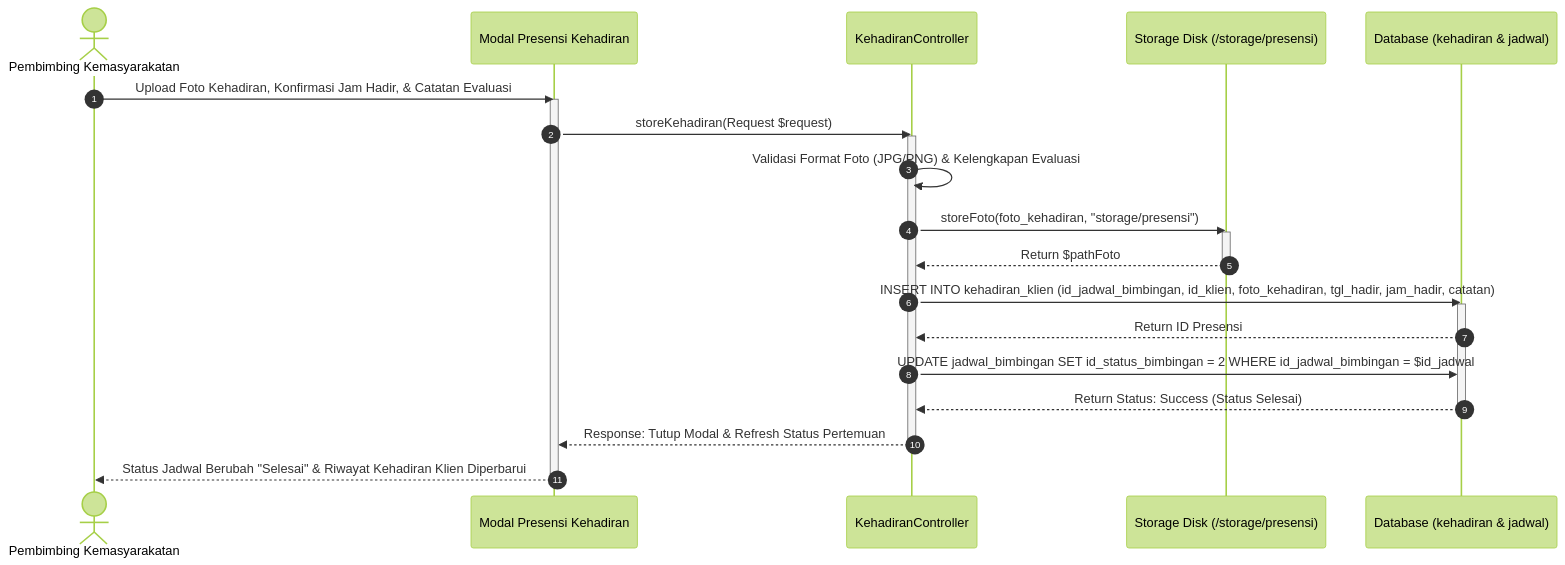
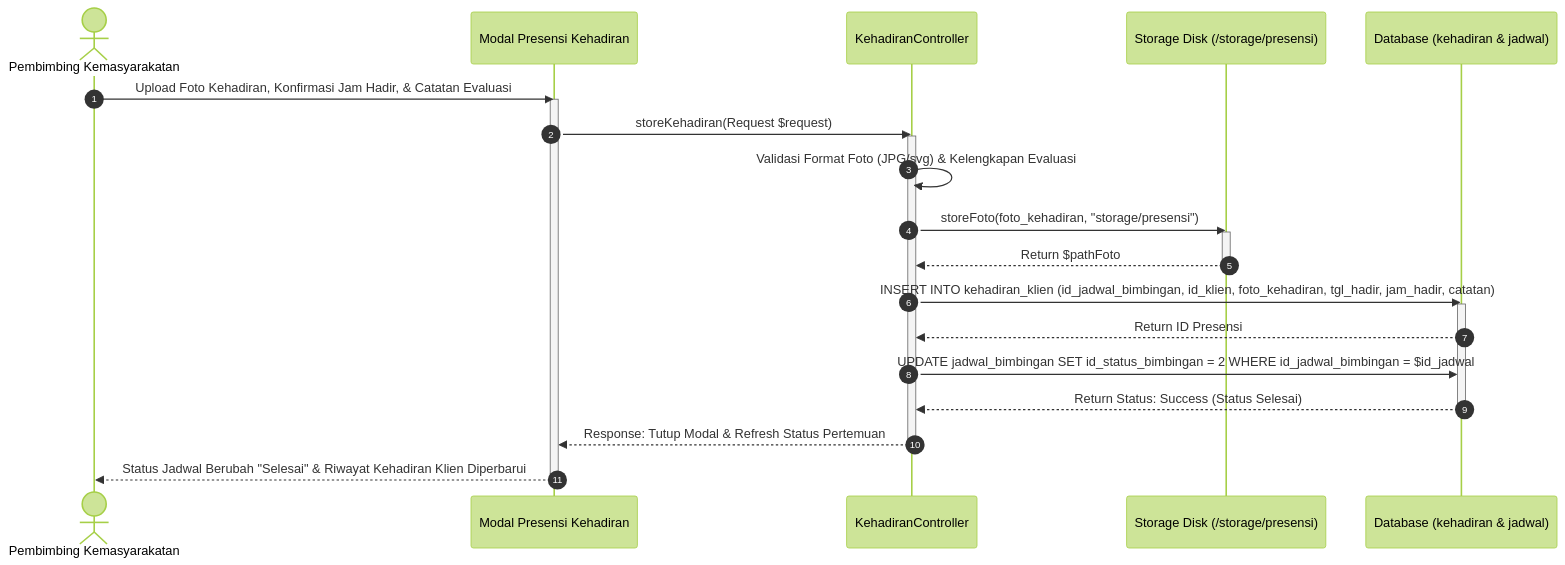
Before and after one commit to hilyaaulia14/SIMBA: diagram 12 of 12 in diagram/sequence_diagram_simba.md, drawn with Mermaid (forest theme). The commit also changed 54 other files, not shown here.

````diff
--- a/diagram/sequence_diagram_simba.md
+++ b/diagram/sequence_diagram_simba.md
@@ -466,33 +466,33 @@
 ```mermaid
 sequenceDiagram
     autonumber
     actor PK as Pembimbing Kemasyarakatan
     participant Modal as Modal Presensi Kehadiran
     participant Ctrl as KehadiranController
     participant Store as Storage Disk (/storage/presensi)
     participant DB as Database (kehadiran & jadwal)
 
     PK->>Modal: Upload Foto Kehadiran, Konfirmasi Jam Hadir, & Catatan Evaluasi
     activate Modal
     Modal->>Ctrl: storeKehadiran(Request $request)
     activate Ctrl
-    Ctrl->>Ctrl: Validasi Format Foto (JPG/PNG) & Kelengkapan Evaluasi
+    Ctrl->>Ctrl: Validasi Format Foto (JPG/svg) & Kelengkapan Evaluasi
 
     Ctrl->>Store: storeFoto(foto_kehadiran, "storage/presensi")
     activate Store
     Store-->>Ctrl: Return $pathFoto
     deactivate Store
 
     Ctrl->>DB: INSERT INTO kehadiran_klien (id_jadwal_bimbingan, id_klien, foto_kehadiran, tgl_hadir, jam_hadir, catatan)
     activate DB
     DB-->>Ctrl: Return ID Presensi
     
     Ctrl->>DB: UPDATE jadwal_bimbingan SET id_status_bimbingan = 2 WHERE id_jadwal_bimbingan = $id_jadwal
     DB-->>Ctrl: Return Status: Success (Status Selesai)
     deactivate DB
 
     Ctrl-->>Modal: Response: Tutup Modal & Refresh Status Pertemuan
     deactivate Ctrl
     Modal-->>PK: Status Jadwal Berubah "Selesai" & Riwayat Kehadiran Klien Diperbarui
     deactivate Modal
 ```
````
